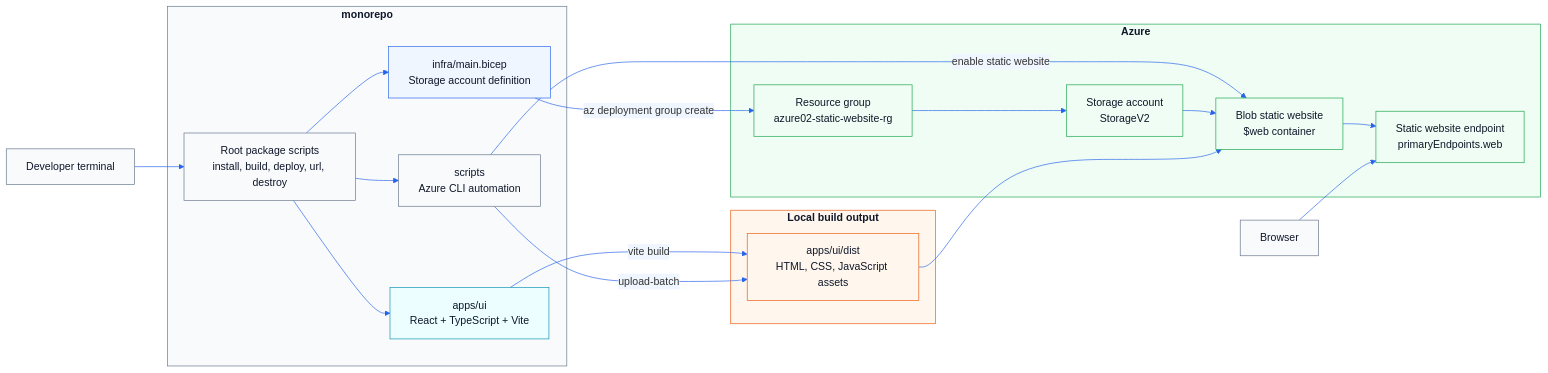
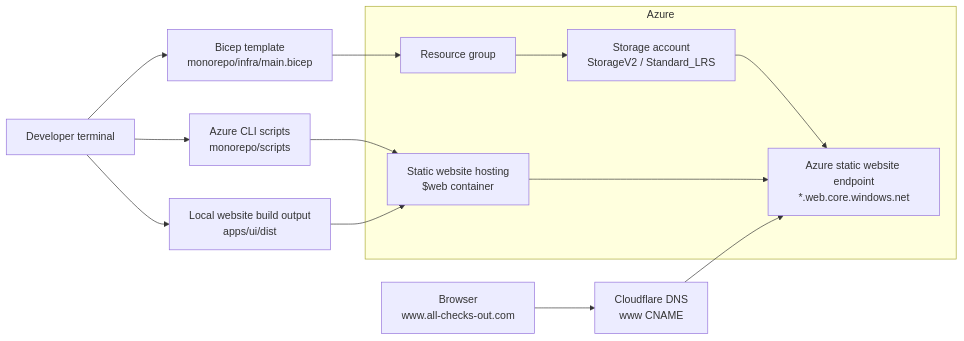
Before and after one commit to RichardBrayCourses/azure03-registered-domain: the diagram in README.md, drawn with Mermaid. The commit also changed other lines of this file, not shown here.

````diff
--- a/README.md
+++ b/README.md
@@ -23,54 +18,29 @@
 ```mermaid
-%%{init: {"themeVariables": {"lineColor": "#2563eb", "edgeLabelBackground": "#eff6ff"}, "themeCSS": ".edgeLabel rect { fill: #eff6ff !important; opacity: 1 !important; } .edgeLabel text, .edgeLabel span { fill: #0f172a !important; color: #0f172a !important; }"}}%%
 flowchart LR
-  learner[Developer terminal]
-  browser[Browser]
+  developer[Developer terminal]
+  build[Local website build output<br/>apps/ui/dist]
+  bicep[Bicep template<br/>monorepo/infra/main.bicep]
+  scripts[Azure CLI scripts<br/>monorepo/scripts]
+  cloudflare[Cloudflare DNS<br/>www CNAME]
 
-  subgraph Monorepo["<b>monorepo</b>"]
-    rootScripts["Root package scripts<br/>install, build, deploy, url, destroy"]
-    ui["apps/ui<br/>React + TypeScript + Vite"]
-    infra["infra/main.bicep<br/>Storage account definition"]
-    scripts["scripts<br/>Azure CLI automation"]
+  subgraph Azure
+    rg[Resource group]
+    storage[Storage account<br/>StorageV2 / Standard_LRS]
+    web[Static website hosting<br/>$web container]
+    endpoint[Azure static website endpoint<br/>*.web.core.windows.net]
   end
 
-  subgraph Build["<b>Local build output</b>"]
-    dist["apps/ui/dist<br/>HTML, CSS, JavaScript assets"]
-  end
+  browser[Browser<br/>www.all-checks-out.com]
 
-  subgraph Azure["<b>Azure</b>"]
-    resourceGroup["Resource group<br/>azure02-static-website-rg"]
-    storage["Storage account<br/>StorageV2"]
-    staticSite["Blob static website<br/>$web container"]
-    endpoint["Static website endpoint<br/>primaryEndpoints.web"]
-  end
-
-  learner --> rootScripts
-  rootScripts --> ui
-  rootScripts --> infra
-  rootScripts --> scripts
-  ui -- vite build --> dist
-  infra -- az deployment group create --> resourceGroup
-  resourceGroup --> storage
-  scripts -- enable static website --> staticSite
-  storage --> staticSite
-  scripts -- upload-batch --> dist
-  dist --> staticSite
-  staticSite --> endpoint
-  browser --> endpoint
-
-  classDef local fill:#f8fafc,stroke:#64748b,color:#0f172a
-  classDef app fill:#ecfeff,stroke:#0891b2,color:#0f172a
-  classDef infraClass fill:#eff6ff,stroke:#2563eb,color:#0f172a
-  classDef azure fill:#f0fdf4,stroke:#16a34a,color:#0f172a
-  classDef output fill:#fff7ed,stroke:#ea580c,color:#0f172a
-
-  class learner,browser,rootScripts,scripts local
-  class ui app
-  class infra infraClass
-  class resourceGroup,storage,staticSite,endpoint azure
-  class dist output
-
-  style Monorepo fill:#f8fafc,stroke:#64748b,color:#0f172a
-  style Build fill:#fff7ed,stroke:#ea580c,color:#0f172a
-  style Azure fill:#f0fdf4,stroke:#16a34a,color:#0f172a
+  developer --> bicep
+  developer --> scripts
+  developer --> build
+  bicep --> rg
+  rg --> storage
+  scripts --> web
+  build --> web
+  storage --> endpoint
+  web --> endpoint
+  cloudflare --> endpoint
+  browser --> cloudflare
 ```
````
